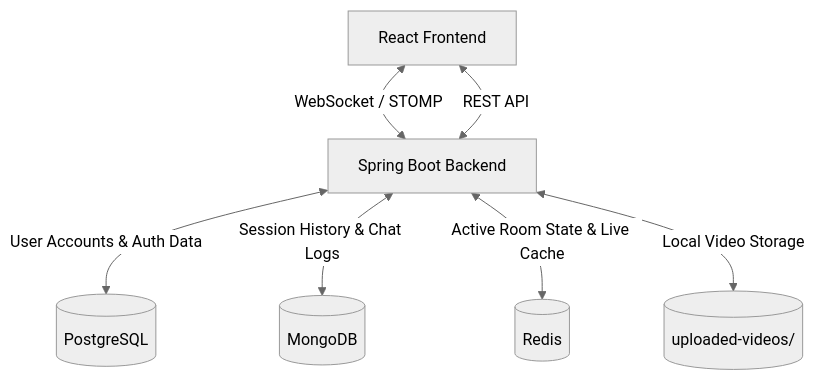
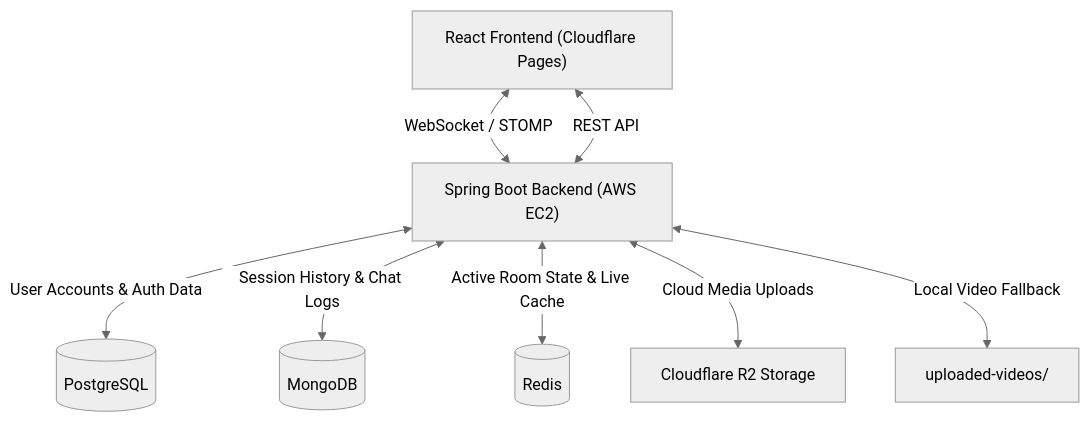
The diagram in README.md (Vivek-1499/SyncStreamHub), drawn with Mermaid (neutral theme) before and after one commit. The commit also changed other lines of this file and 1 other file, not shown here.

Commit message:
docs: update README with live link (syncstreamhub.pages.dev), Cloudflare R2 storage, features, and architecture updates

````diff
--- a/README.md
+++ b/README.md
@@ -11,9 +21,10 @@
 ```mermaid
 graph TD
-    Client[React Frontend] <-->|WebSocket / STOMP| BE[Spring Boot Backend]
+    Client["React Frontend (Cloudflare Pages)"] <-->|WebSocket / STOMP| BE["Spring Boot Backend (AWS EC2)"]
     Client <-->|REST API| BE
     BE <-->|User Accounts & Auth Data| Postgres[(PostgreSQL)]
     BE <-->|Session History & Chat Logs| Mongo[(MongoDB)]
     BE <-->|Active Room State & Live Cache| Redis[(Redis)]
-    BE <-->|Local Video Storage| Disk[(uploaded-videos/)]
+    BE <-->|Cloud Media Uploads| R2["Cloudflare R2 Storage"]
+    BE <-->|Local Video Fallback| Disk["uploaded-videos/"]
 ```
````
